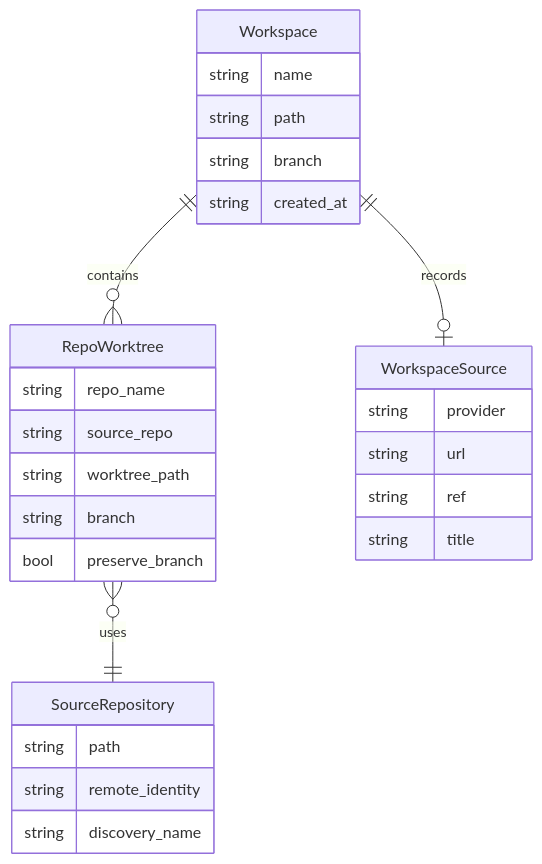
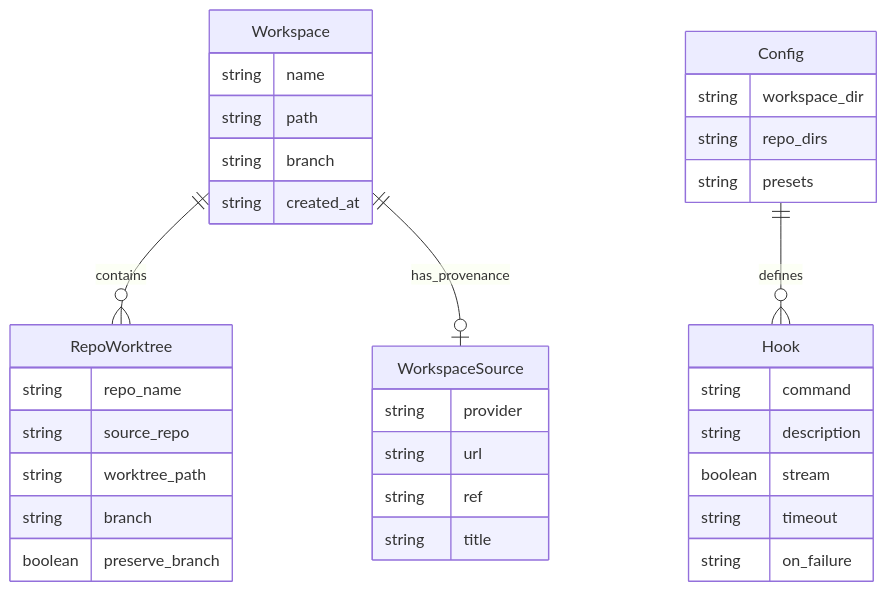
One commit to nicksenap/grove changed the first of 2 diagrams in openwiki/concepts.md. Above: the diagram before and after it, drawn with Mermaid. The commit also changed other lines of this file and 10 other files, not shown here.

````diff
--- a/openwiki/concepts.md
+++ b/openwiki/concepts.md
@@ -73,30 +49,37 @@
 ```mermaid
 erDiagram
     Workspace ||--o{ RepoWorktree : contains
-    Workspace ||--o| WorkspaceSource : records
-    RepoWorktree }o--|| SourceRepository : uses
-    SourceRepository {
-        string path
-        string remote_identity
-        string discovery_name
-    }
+    Workspace ||--o| WorkspaceSource : has_provenance
+    Config ||--o{ Hook : defines
     Workspace {
         string name
         string path
         string branch
         string created_at
     }
     RepoWorktree {
         string repo_name
         string source_repo
         string worktree_path
         string branch
-        bool preserve_branch
+        boolean preserve_branch
     }
     WorkspaceSource {
         string provider
         string url
         string ref
         string title
     }
+    Config {
+        string workspace_dir
+        string repo_dirs
+        string presets
+    }
+    Hook {
+        string command
+        string description
+        boolean stream
+        string timeout
+        string on_failure
+    }
 ```
````
